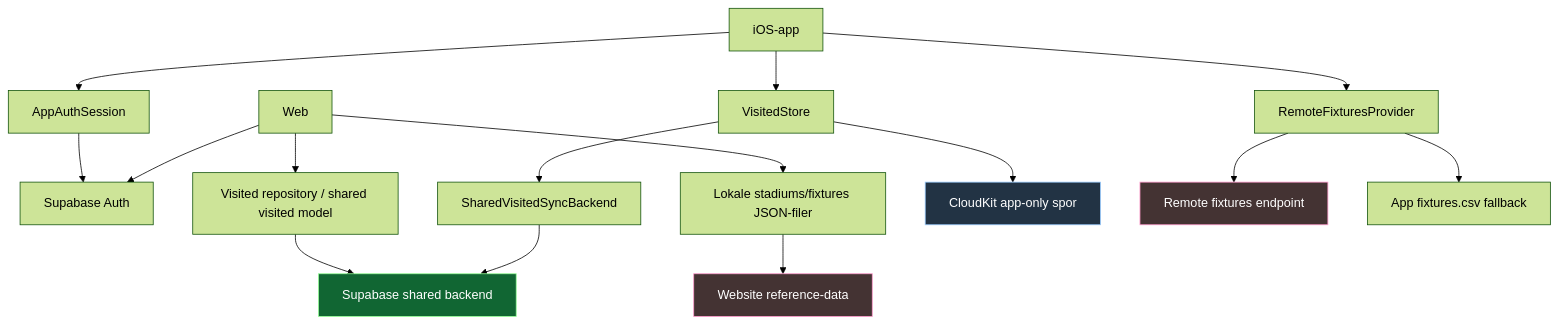
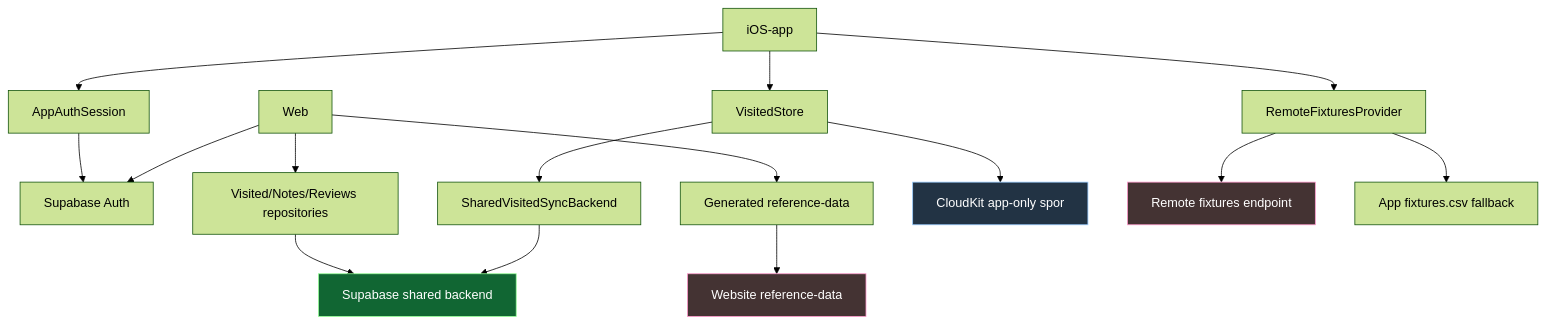
One commit to MartinToudal/tribunetour_app changed the diagram in Tribunetour/Tribunetour_docs/docs/INTEGRATION_STATUS.md. Above: the diagram before and after it, drawn with Mermaid (forest theme). The commit also changed other lines of this file and 9 other files, not shown here.

Commit message:
Add photos app boundary and shared model

````diff
--- a/Tribunetour/Tribunetour_docs/docs/INTEGRATION_STATUS.md
+++ b/Tribunetour/Tribunetour_docs/docs/INTEGRATION_STATUS.md
@@ -43,26 +43,26 @@
 ```mermaid
 flowchart TD
     A[iOS-app] --> B[AppAuthSession]
     A --> C[VisitedStore]
     A --> D[RemoteFixturesProvider]
 
     W[Web] --> E[Supabase Auth]
-    W --> F[Visited repository / shared visited model]
-    W --> G[Lokale stadiums/fixtures JSON-filer]
+    W --> F[Visited/Notes/Reviews repositories]
+    W --> G[Generated reference-data]
 
     B --> E
     C --> H[SharedVisitedSyncBackend]
     C --> I[CloudKit app-only spor]
     H --> J[Supabase shared backend]
     F --> J
 
     D --> K[Remote fixtures endpoint]
     D --> L[App fixtures.csv fallback]
 
     G --> M[Website reference-data]
 
     style J fill:#163,stroke:#9f9,color:#fff
     style I fill:#234,stroke:#9cf,color:#fff
     style K fill:#433,stroke:#f9c,color:#fff
     style M fill:#433,stroke:#f9c,color:#fff
 ```
````
